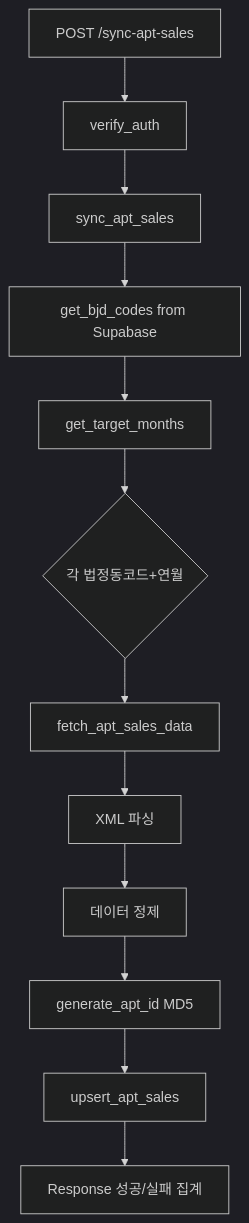
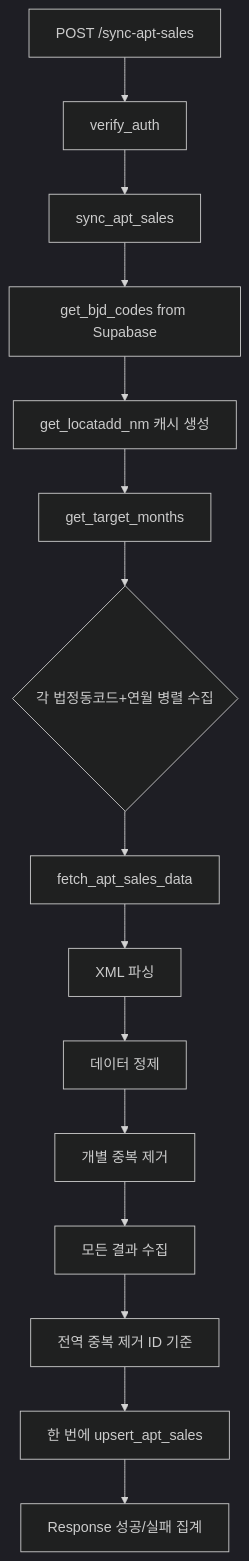
The diagram in .cursor/plans/아파트_실거래가_api_구현_a04e32dc.plan.md (leenago-dev/wb-stock-price-updater), drawn with Mermaid (dark theme) before and after one commit. The commit also changed other lines of this file, not shown here.

````diff
--- a/.cursor/plans/아파트_실거래가_api_구현_a04e32dc.plan.md
+++ b/.cursor/plans/아파트_실거래가_api_구현_a04e32dc.plan.md
@@ -160,14 +160,17 @@
 ```mermaid
 graph TD
     A[POST /sync-apt-sales] --> B[verify_auth]
     B --> C[sync_apt_sales]
     C --> D[get_bjd_codes from Supabase]
-    D --> E[get_target_months]
-    E --> F{각 법정동코드+연월}
+    D --> D1[get_locatadd_nm 캐시 생성]
+    D1 --> E[get_target_months]
+    E --> F{각 법정동코드+연월 병렬 수집}
     F --> G[fetch_apt_sales_data]
     G --> H[XML 파싱]
     H --> I[데이터 정제]
-    I --> J[generate_apt_id MD5]
-    J --> K[upsert_apt_sales]
-    K --> L[Response 성공/실패 집계]
+    I --> J[개별 중복 제거]
+    J --> K[모든 결과 수집]
+    K --> L[전역 중복 제거 ID 기준]
+    L --> M[한 번에 upsert_apt_sales]
+    M --> N[Response 성공/실패 집계]
 ```
````
